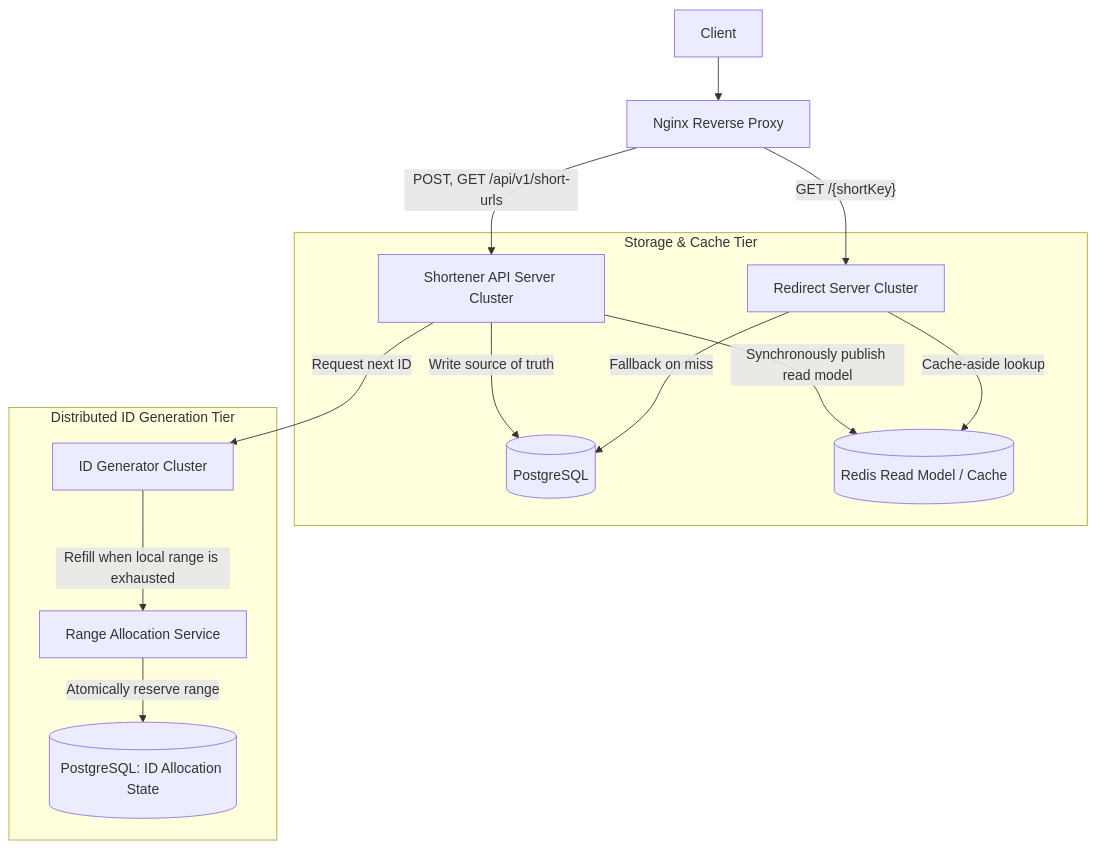
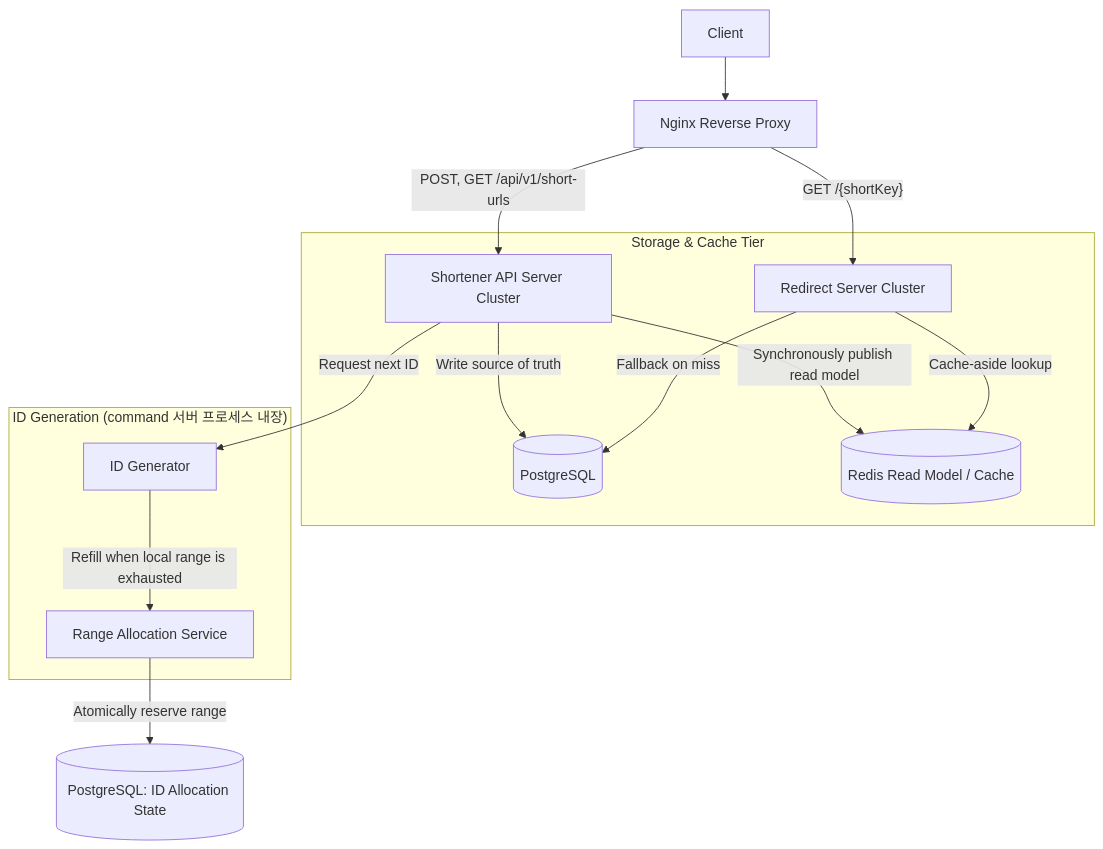
One commit to kyokuping/system-design-playground changed the diagram in tiny_url_shortener/docs/design.md. Above: the diagram before and after it, drawn with Mermaid. The commit also changed other lines of this file and 1 other file, not shown here.

Commit message:
docs(tiny-url-shortener): correct distributed ID generation records

````diff
--- a/tiny_url_shortener/docs/design.md
+++ b/tiny_url_shortener/docs/design.md
@@ -184,19 +184,20 @@
 ```mermaid
 flowchart TD
     Client --> Nginx["Nginx Reverse Proxy"]
     Nginx -->|"POST, GET /api/v1/short-urls"| Command["Shortener API Server Cluster"]
     Nginx -->|"GET /{shortKey}"| Redirect["Redirect Server Cluster"]
 
     subgraph Storage["Storage & Cache Tier"]
         Command -->|"Write source of truth"| DB[("PostgreSQL")]
         Command -->|"Synchronously publish read model"| Redis[("Redis Read Model / Cache")]
         Redirect -->|"Cache-aside lookup"| Redis
         Redirect -->|"Fallback on miss"| DB
     end
 
-    subgraph IDGeneration["Distributed ID Generation Tier"]
-        Command -->|"Request next ID"| IDGen["ID Generator Cluster"]
+    subgraph IDGeneration["ID Generation (command 서버 프로세스 내장)"]
+        Command -->|"Request next ID"| IDGen["ID Generator"]
         IDGen -->|"Refill when local range is exhausted"| Allocator["Range Allocation Service"]
-        Allocator -->|"Atomically reserve range"| IDState[("PostgreSQL: ID Allocation State")]
     end
+
+    Allocator -->|"Atomically reserve range"| IDState[("PostgreSQL: ID Allocation State")]
 ```
````
